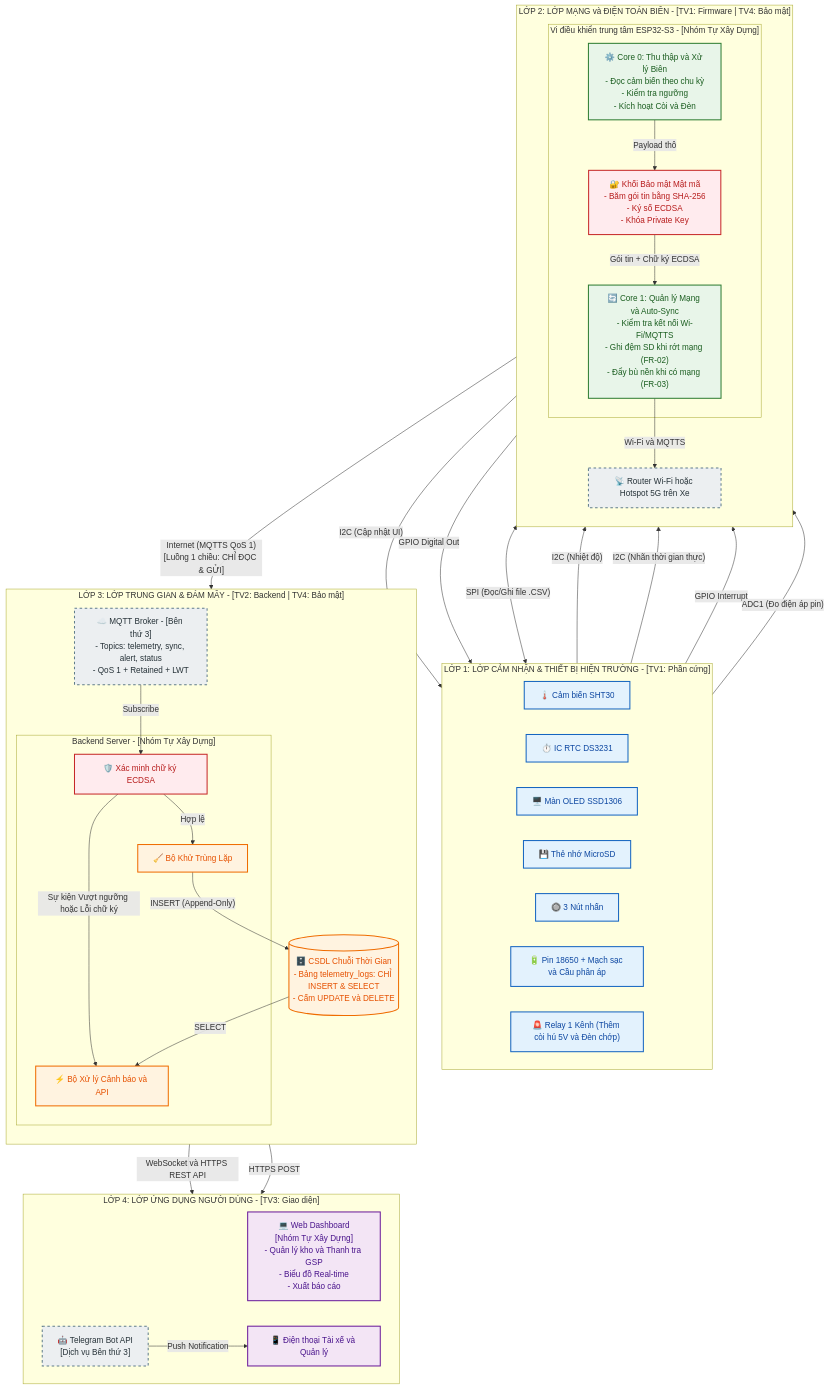
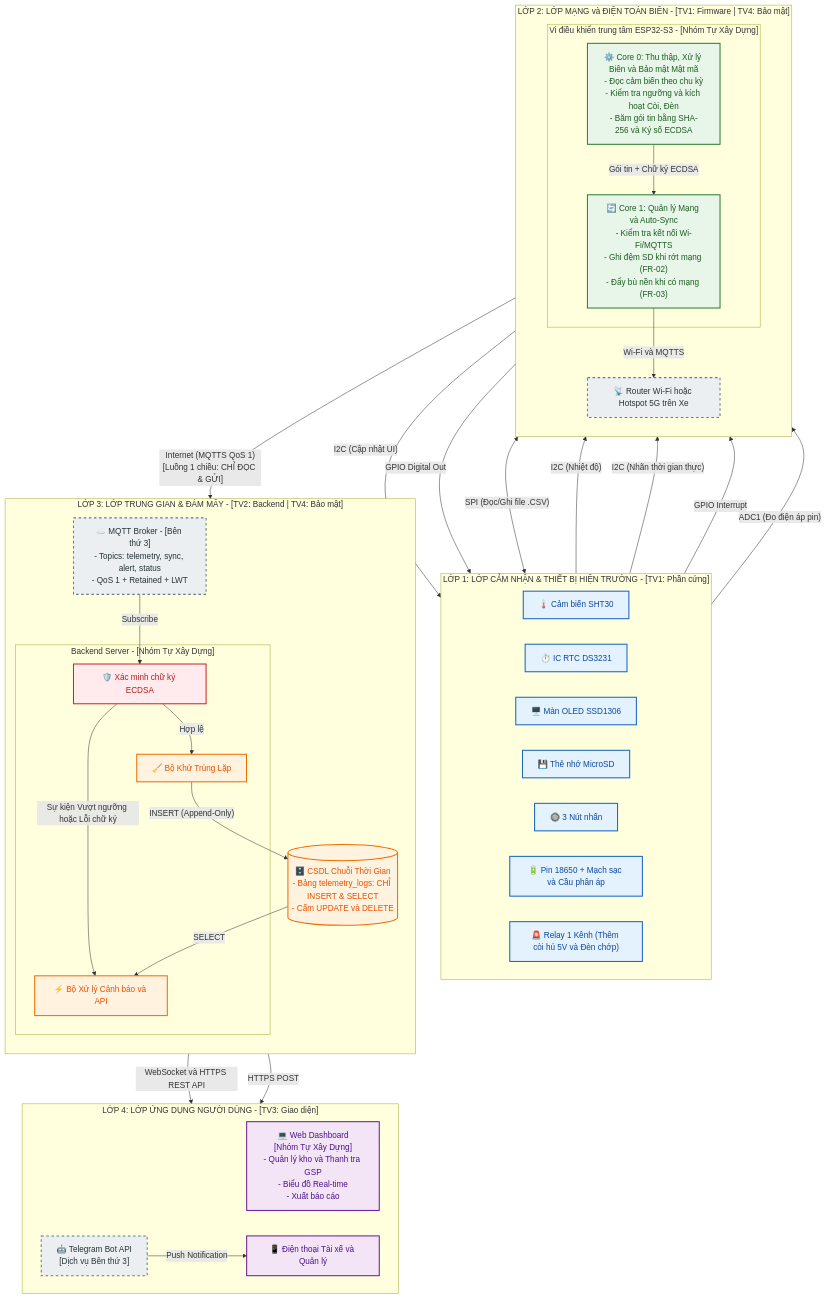
One commit to UFOsonzz/IOT-2026.1 changed the diagram in docs/01_technical_dossier/03_system_architecture.md. Above: the diagram before and after it, drawn with Mermaid. The commit also changed 8 other files, not shown here.

````diff
--- a/docs/01_technical_dossier/03_system_architecture.md
+++ b/docs/01_technical_dossier/03_system_architecture.md
@@ -4,80 +4,78 @@
 ```mermaid
 flowchart TB
     %% Định nghĩa kiểu dáng cho các lớp
     classDef sensing fill:#e3f2fd,stroke:#1565c0,stroke-width:2px,color:#0d47a1
     classDef edge fill:#e8f5e9,stroke:#2e7d32,stroke-width:2px,color:#1b5e20
     classDef middleware fill:#fff3e0,stroke:#ef6c00,stroke-width:2px,color:#e65100
     classDef app fill:#f3e5f5,stroke:#6a1b9a,stroke-width:2px,color:#4a148c
     classDef thirdparty fill:#eceff1,stroke:#607d8b,stroke-width:2px,stroke-dasharray: 5 5,color:#263238
     classDef security fill:#ffebee,stroke:#c62828,stroke-width:2px,color:#b71c1c
 
     %% ================= LỚP 1: LỚP CẢM NHẬN / THIẾT BỊ =================
     subgraph L1 ["LỚP 1: LỚP CẢM NHẬN & THIẾT BỊ HIỆN TRƯỜNG - [TV1: Phần cứng]"]
         direction LR
         SHT30["🌡️ Cảm biến SHT30"]:::sensing
         DS3231["⏱️ IC RTC DS3231"]:::sensing
         OLED["🖥️ Màn OLED SSD1306"]:::sensing
         SDCARD["💾 Thẻ nhớ MicroSD"]:::sensing
         BTN["🔘 3 Nút nhấn"]:::sensing
         BAT["🔋 Pin 18650 + Mạch sạc và Cầu phân áp"]:::sensing
         RELAY["🚨 Relay 1 Kênh (Thêm còi hú 5V và Đèn chớp)"]:::sensing
     end
 
     %% ================= LỚP 2: LỚP MẠNG & ĐIỆN TOÁN BIÊN =================
     subgraph L2 ["LỚP 2: LỚP MẠNG và ĐIỆN TOÁN BIÊN - [TV1: Firmware | TV4: Bảo mật]"]
         direction TB
         subgraph ESP32S3 ["Vi điều khiển trung tâm ESP32-S3 - [Nhóm Tự Xây Dựng]"]
-            CORE0["⚙️ Core 0: Thu thập và Xử lý Biên<br/>- Đọc cảm biến theo chu kỳ<br/>- Kiểm tra ngưỡng<br/>- Kích hoạt Còi và Đèn"]:::edge
-            CRYPTO["🔐 Khối Bảo mật Mật mã<br/>- Băm gói tin bằng SHA-256<br/>- Ký số ECDSA<br/>- Khóa Private Key"]:::security
+            CORE0["⚙️ Core 0: Thu thập, Xử lý Biên và Bảo mật Mật mã<br/>- Đọc cảm biến theo chu kỳ<br/>- Kiểm tra ngưỡng và kích hoạt Còi, Đèn<br/>- Băm gói tin bằng SHA-256 và Ký số ECDSA"]:::edge
             CORE1["🔄 Core 1: Quản lý Mạng và Auto-Sync<br/>- Kiểm tra kết nối Wi-Fi/MQTTS<br/>- Ghi đệm SD khi rớt mạng (FR-02)<br/>- Đẩy bù nền khi có mạng (FR-03)"]:::edge
         end
         WIFI_GW["📡 Router Wi-Fi hoặc Hotspot 5G trên Xe"]:::thirdparty
     end
 
     %% Kết nối Lớp 1 <-> Lớp 2
     SHT30 -- "I2C (Nhiệt độ)" --> CORE0
     DS3231 -- "I2C (Nhãn thời gian thực)" --> CORE0
     CORE0 -- "I2C (Cập nhật UI)" --> OLED
     BTN -- "GPIO Interrupt" --> CORE0
     BAT -- "ADC1 (Đo điện áp pin)" --> CORE0
     CORE0 -- "GPIO Digital Out" --> RELAY
-    CORE0 -- "Payload thô" --> CRYPTO
-    CRYPTO -- "Gói tin + Chữ ký ECDSA" --> CORE1
+    CORE0 -- "Gói tin + Chữ ký ECDSA" --> CORE1
     CORE1 <-- "SPI (Đọc/Ghi file .CSV)" --> SDCARD
     CORE1 -- "Wi-Fi và MQTTS" --> WIFI_GW
 
     %% ================= LỚP 3: LỚP TRUNG GIAN / MÁY CHỦ =================
     subgraph L3 ["LỚP 3: LỚP TRUNG GIAN & ĐÁM MÂY - [TV2: Backend | TV4: Bảo mật]"]
         direction TB
         BROKER["☁️ MQTT Broker - [Bên thứ 3]<br/>- Topics: telemetry, sync, alert, status<br/>- QoS 1 + Retained + LWT"]:::thirdparty
         
         subgraph BACKEND ["Backend Server - [Nhóm Tự Xây Dựng]"]
             VERIFY["🛡️ Xác minh chữ ký ECDSA"]:::security
             DEDUP["🧹 Bộ Khử Trùng Lặp"]:::middleware
             RULE["⚡ Bộ Xử lý Cảnh báo và API"]:::middleware
         end
 
         DB[("🗄️ CSDL Chuỗi Thời Gian<br/>- Bảng telemetry_logs: CHỈ INSERT & SELECT<br/>- Cấm UPDATE và DELETE")]:::middleware
     end
 
     %% Kết nối Lớp 2 -> Lớp 3 (Chỉ 1 chiều dữ liệu đo để đảm bảo tính pháp lý GSP)
     WIFI_GW -- "Internet (MQTTS QoS 1)<br/>[Luồng 1 chiều: CHỈ ĐỌC & GỬI]" --> BROKER
     BROKER -- "Subscribe" --> VERIFY
     VERIFY -- "Hợp lệ" --> DEDUP
     DEDUP -- "INSERT (Append-Only)" --> DB
     VERIFY -- "Sự kiện Vượt ngưỡng hoặc Lỗi chữ ký" --> RULE
     DB -- "SELECT" --> RULE
 
     %% ================= LỚP 4: LỚP ỨNG DỤNG NGƯỜI DÙNG =================
     subgraph L4 ["LỚP 4: LỚP ỨNG DỤNG NGƯỜI DÙNG - [TV3: Giao diện]"]
         direction LR
         WEB["💻 Web Dashboard<br/>[Nhóm Tự Xây Dựng]<br/>- Quản lý kho và Thanh tra GSP<br/>- Biểu đồ Real-time<br/>- Xuất báo cáo"]:::app
         TELE_API["🤖 Telegram Bot API<br/>[Dịch vụ Bên thứ 3]"]:::thirdparty
         PHONE["📱 Điện thoại Tài xế và Quản lý"]:::app
     end
 
     %% Kết nối Lớp 3 -> Lớp 4
     RULE -- "WebSocket và HTTPS REST API" --> WEB
     RULE -- "HTTPS POST" --> TELE_API
     TELE_API -- "Push Notification" --> PHONE
 ```
````
